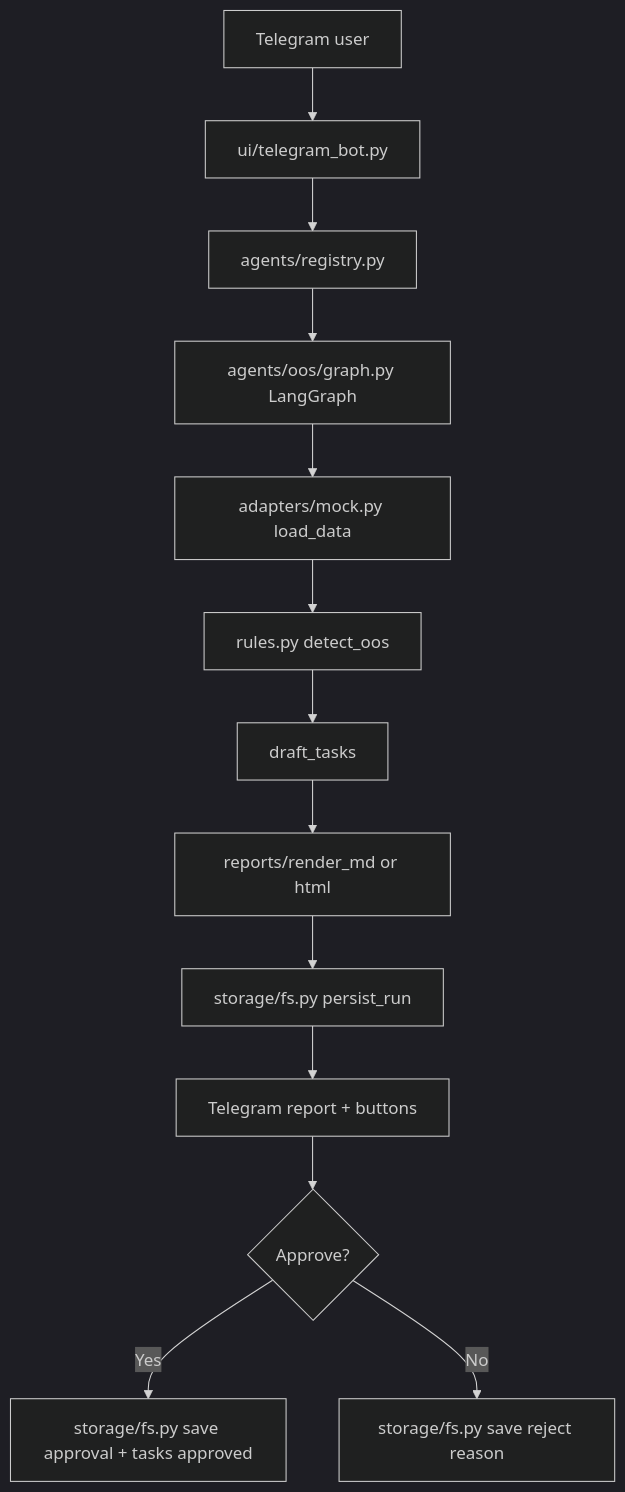
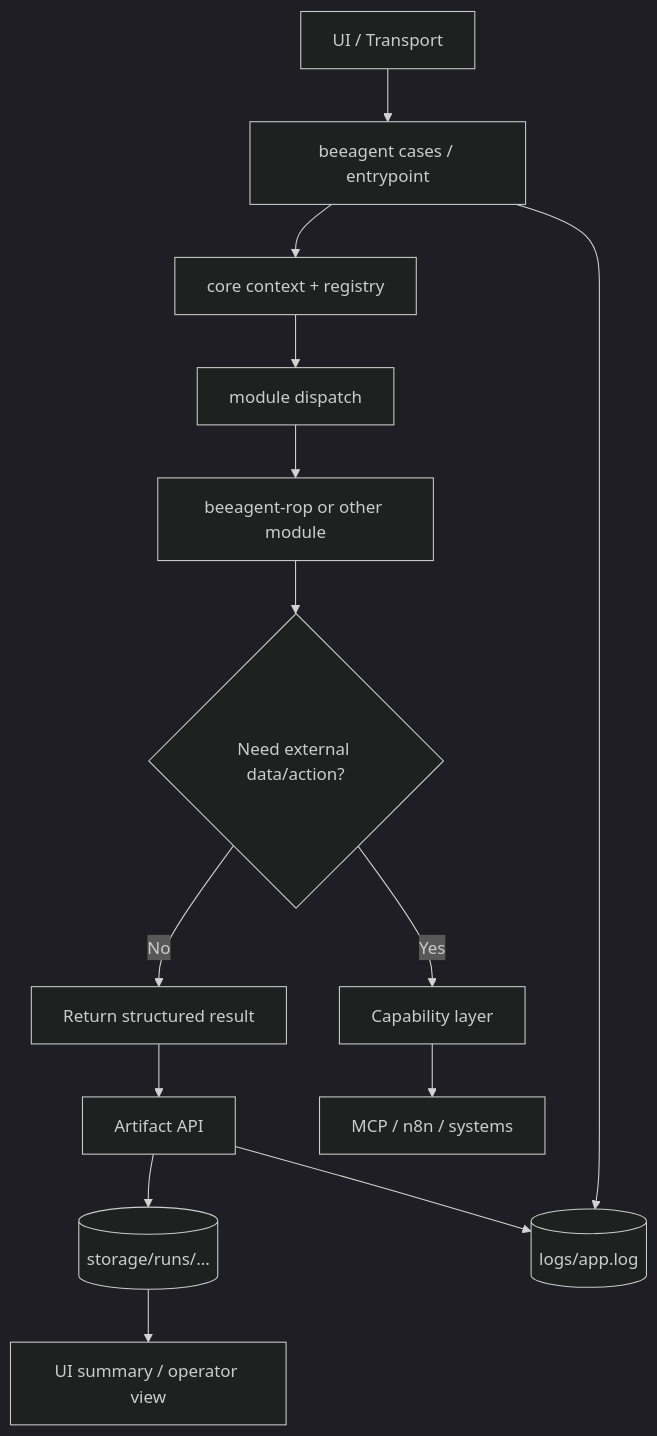
Before and after one commit to beesyst/beeagent: the diagram in docs/ARCHITECTURE.md, drawn with Mermaid (dark theme). The commit also changed other lines of this file and 11 other files, not shown here.

Commit message:
docs(core): refresh roadmap, architecture, sdlc and security docs (#42)

````diff
--- a/docs/ARCHITECTURE.md
+++ b/docs/ARCHITECTURE.md
@@ -84,17 +237,19 @@
 ```mermaid
 flowchart TD
-  A[Telegram user] --> B[ui/telegram_bot.py]
-  B --> C[agents/registry.py]
-  C --> D[agents/oos/graph.py LangGraph]
+  A[UI / Transport] --> B[beeagent cases / entrypoint]
+  B --> C[core context + registry]
+  C --> D[module dispatch]
 
-  D --> E[adapters/mock.py load_data]
-  E --> F[rules.py detect_oos]
-  F --> G[draft_tasks]
-  G --> H[reports/render_md or html]
-  H --> I[storage/fs.py persist_run]
-  I --> J[Telegram report + buttons]
+  D --> E[beeagent-rop or other module]
+  E --> F{Need external data/action?}
+  F -->|No| G[Return structured result]
+  F -->|Yes| H[Capability layer]
+  H --> I[MCP / n8n / systems]
 
-  J --> K{Approve?}
-  K -->|Yes| L[storage/fs.py save approval + tasks approved]
-  K -->|No| M[storage/fs.py save reject reason]
+  G --> J[Artifact API]
+  J --> K[(storage/runs/...)]
+  K --> L[UI summary / operator view]
+
+  B --> M[(logs/app.log)]
+  J --> M
 ```
````
